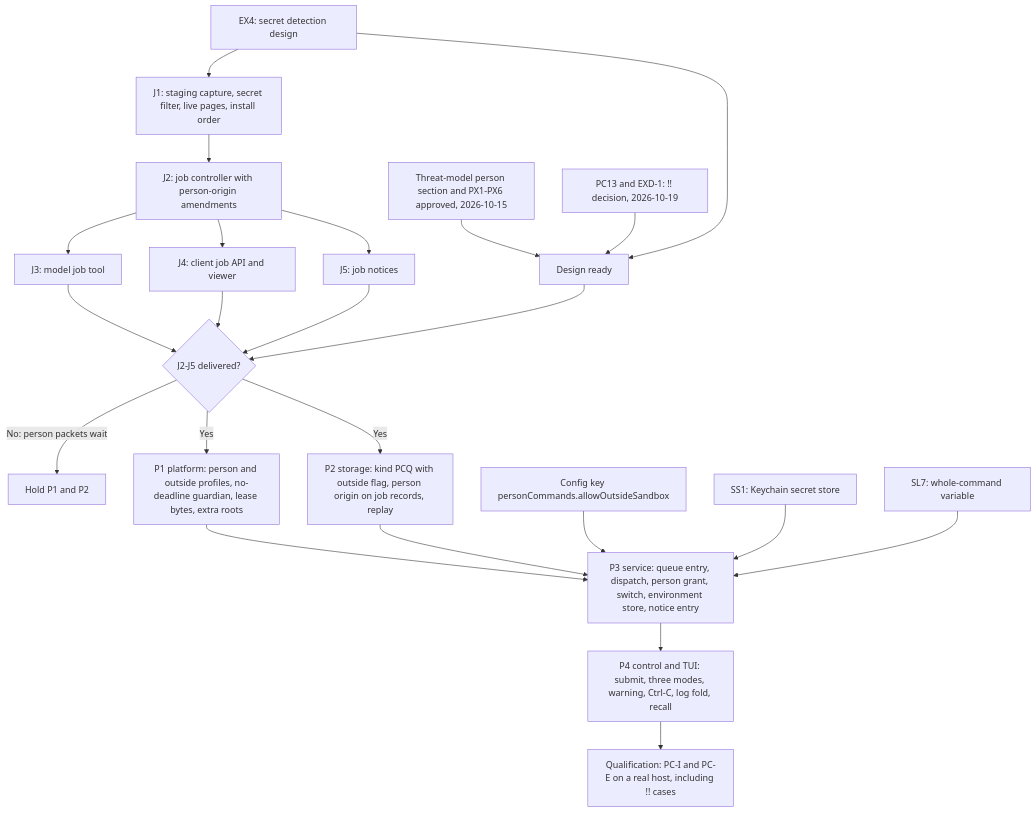
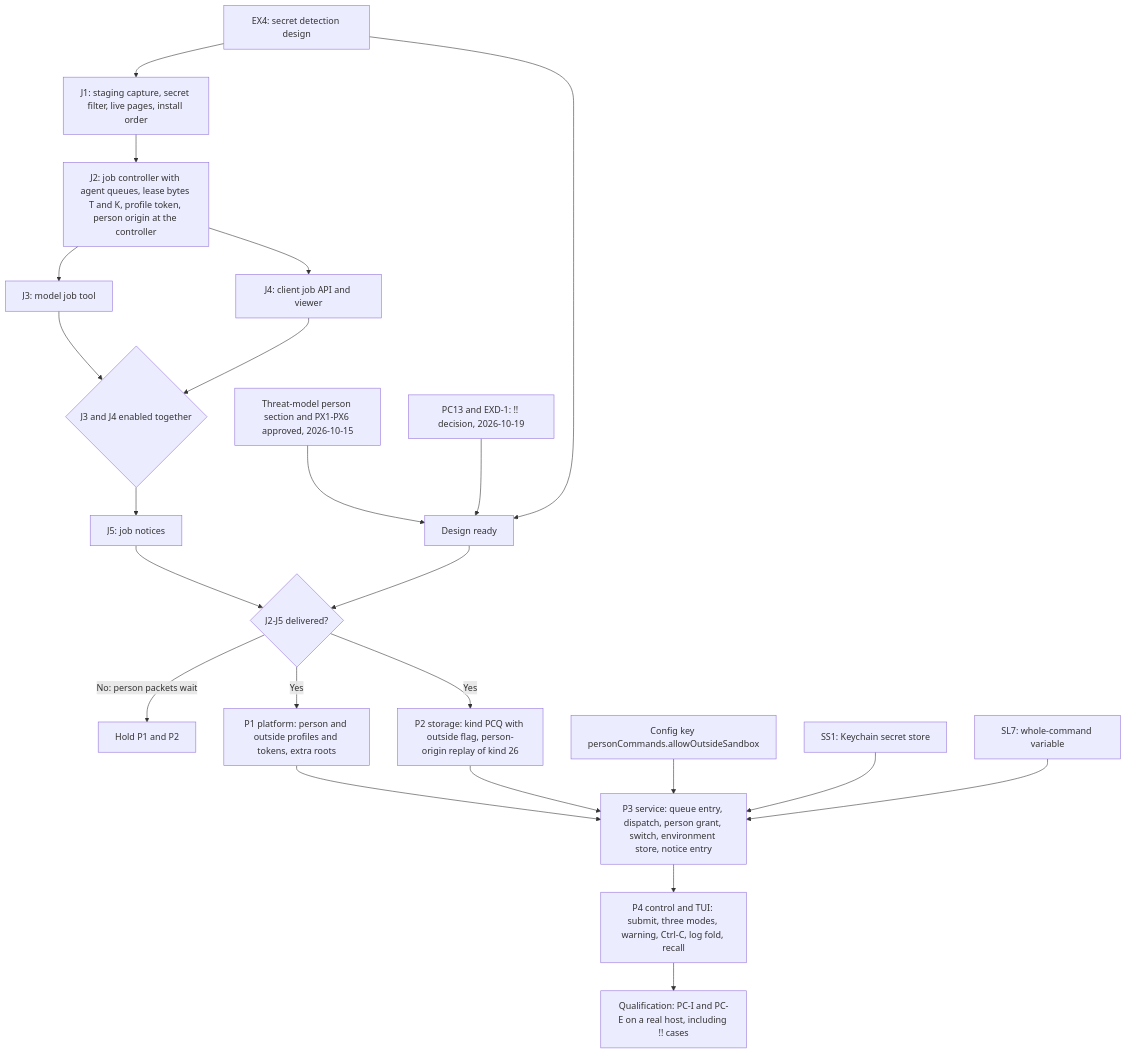
One commit to pidster/asura changed the seventh of 7 diagrams in docs/designs/person-command-mode.md. Above: the diagram before and after it, drawn with Mermaid. The commit also changed other lines of this file and 11 other files, not shown here.

First line of the commit message:
Design the J2 tool job controller core

````diff
--- a/docs/designs/person-command-mode.md
+++ b/docs/designs/person-command-mode.md
@@ -1382,25 +1413,25 @@
 ```mermaid
 flowchart TD
     TM["Threat-model person section and PX1-PX6 approved, 2026-10-15"] --> Ready["Design ready"]
     OD["PC13 and EXD-1: !! decision, 2026-10-19"] --> Ready
     SD["EX4: secret detection design"] --> J1
     SD --> Ready
-    J1["J1: staging capture, secret filter, live pages, install order"] --> J2["J2: job controller with person-origin amendments"]
+    J1["J1: staging capture, secret filter, live pages, install order"] --> J2["J2: job controller with agent queues, lease bytes T and K, profile token, person origin at the controller"]
     J2 --> J4["J4: client job API and viewer"]
     J2 --> J3["J3: model job tool"]
-    J2 --> J5["J5: job notices"]
-    J3 --> JG{"J2-J5 delivered?"}
-    J4 --> JG
-    J5 --> JG
+    J3 --> EN{"J3 and J4 enabled together"}
+    J4 --> EN
+    EN --> J5["J5: job notices"]
+    J5 --> JG{"J2-J5 delivered?"}
     Ready --> JG
     JG -->|"No: person packets wait"| JW["Hold P1 and P2"]
-    JG -->|Yes| P1["P1 platform: person and outside profiles, no-deadline guardian, lease bytes, extra roots"]
-    JG -->|Yes| P2["P2 storage: kind PCQ with outside flag, person origin on job records, replay"]
+    JG -->|Yes| P1["P1 platform: person and outside profiles and tokens, extra roots"]
+    JG -->|Yes| P2["P2 storage: kind PCQ with outside flag, person-origin replay of kind 26"]
     P1 --> P3["P3 service: queue entry, dispatch, person grant, switch, environment store, notice entry"]
     P2 --> P3
     CK["Config key personCommands.allowOutsideSandbox"] --> P3
     SS1["SS1: Keychain secret store"] --> P3
     SL7["SL7: whole-command variable"] --> P3
     P3 --> P4["P4 control and TUI: submit, three modes, warning, Ctrl-C, log fold, recall"]
     P4 --> Q["Qualification: PC-I and PC-E on a real host, including !! cases"]
 ```
````
